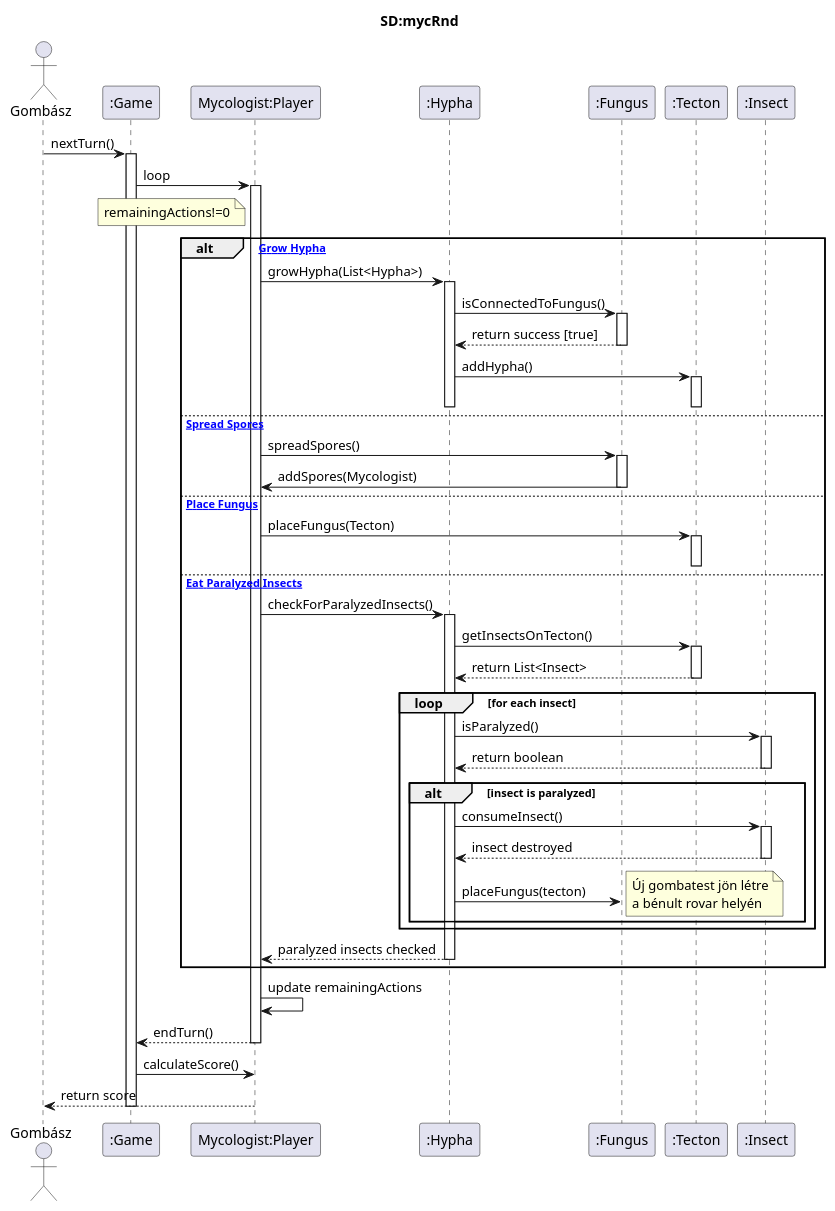
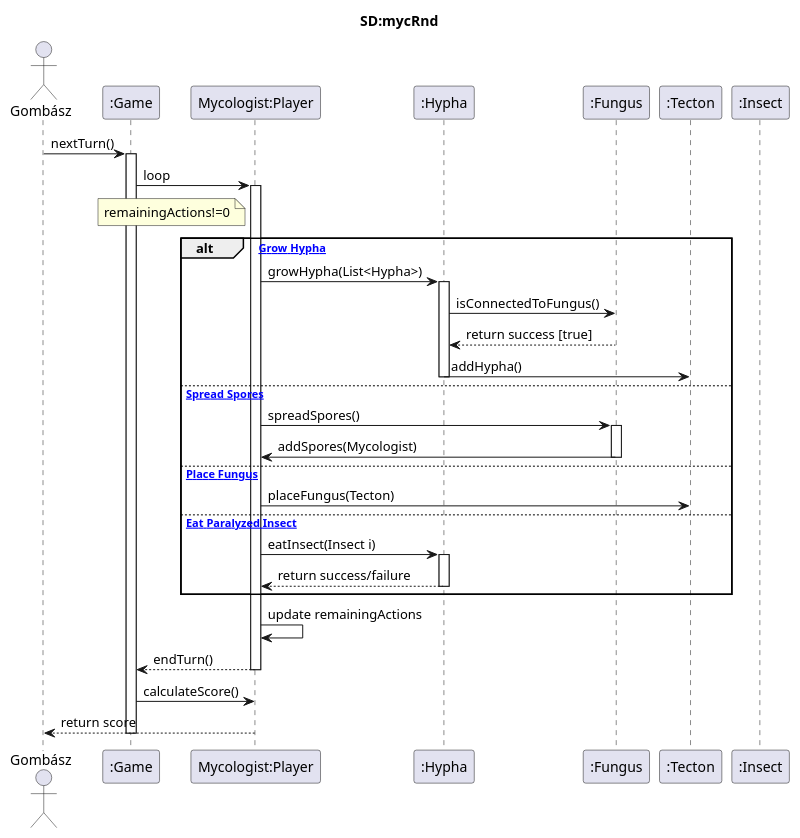
Before and after one commit to hujberhunor/SzomiSztegoProjlab: the diagram in docs/Sequence/Gombasz-kore.plantuml, drawn with PlantUML.

Commit message:
Gombasz köre csiszolása

```diff
--- a/docs/Sequence/Gombasz-kore.plantuml
+++ b/docs/Sequence/Gombasz-kore.plantuml
@@ -1,81 +1,52 @@
 @startuml SD_mycRnd
 
 title SD:mycRnd
 actor Gombász
 participant ":Game" as Game
 participant "Mycologist:Player" as Player
 participant ":Hypha" as Hypha
 participant ":Fungus" as Fungus
 participant ":Tecton" as Tecton
 participant ":Insect" as Insect
 
 Gombász -> Game: nextTurn()
 activate Game
 
 Game -> Player: loop
 activate Player
 note left of Player: remainingActions!=0
 
 alt [Action: Grow Hypha]
     Player -> Hypha: growHypha(List<Hypha>)
     activate Hypha
     
     Hypha -> Fungus: isConnectedToFungus()
-    activate Fungus
     Fungus --> Hypha: return success [true]
-    deactivate Fungus
     
     Hypha -> Tecton: addHypha()
-    activate Tecton
-    deactivate Tecton
     deactivate Hypha
 else [Action: Spread Spores]
     Player -> Fungus: spreadSpores()
     activate Fungus
     
     Fungus -> Player: addSpores(Mycologist)
     deactivate Fungus
 else [Action: Place Fungus]
     Player -> Tecton: placeFungus(Tecton)
-    activate Tecton
-    deactivate Tecton
-else [Action: Eat Paralyzed Insects]
-    Player -> Hypha: checkForParalyzedInsects()
+else [Action: Eat Paralyzed Insect]
+    Player -> Hypha: eatInsect(Insect i)
     activate Hypha
-    
-    Hypha -> Tecton: getInsectsOnTecton()
-    activate Tecton
-    Tecton --> Hypha: return List<Insect>
-    deactivate Tecton
-    
-    loop for each insect
-        Hypha -> Insect: isParalyzed()
-        activate Insect
-        Insect --> Hypha: return boolean
-        deactivate Insect
-        
-        alt insect is paralyzed
-            Hypha -> Insect: consumeInsect()
-            activate Insect
-            Insect --> Hypha: insect destroyed
-            deactivate Insect
-            
-            Hypha -> Fungus: placeFungus(tecton)
-            note right: Új gombatest jön létre\na bénult rovar helyén
-        end
-    end
-    
-    Hypha --> Player: paralyzed insects checked
+    Hypha --> Player: return success/failure
     deactivate Hypha
 end
 
 Player -> Player: update remainingActions
 
 Player --> Game: endTurn()
 deactivate Player
 
 Game -> Player: calculateScore()
 Player --> Gombász: return score
 
 deactivate Game
 @enduml
```
